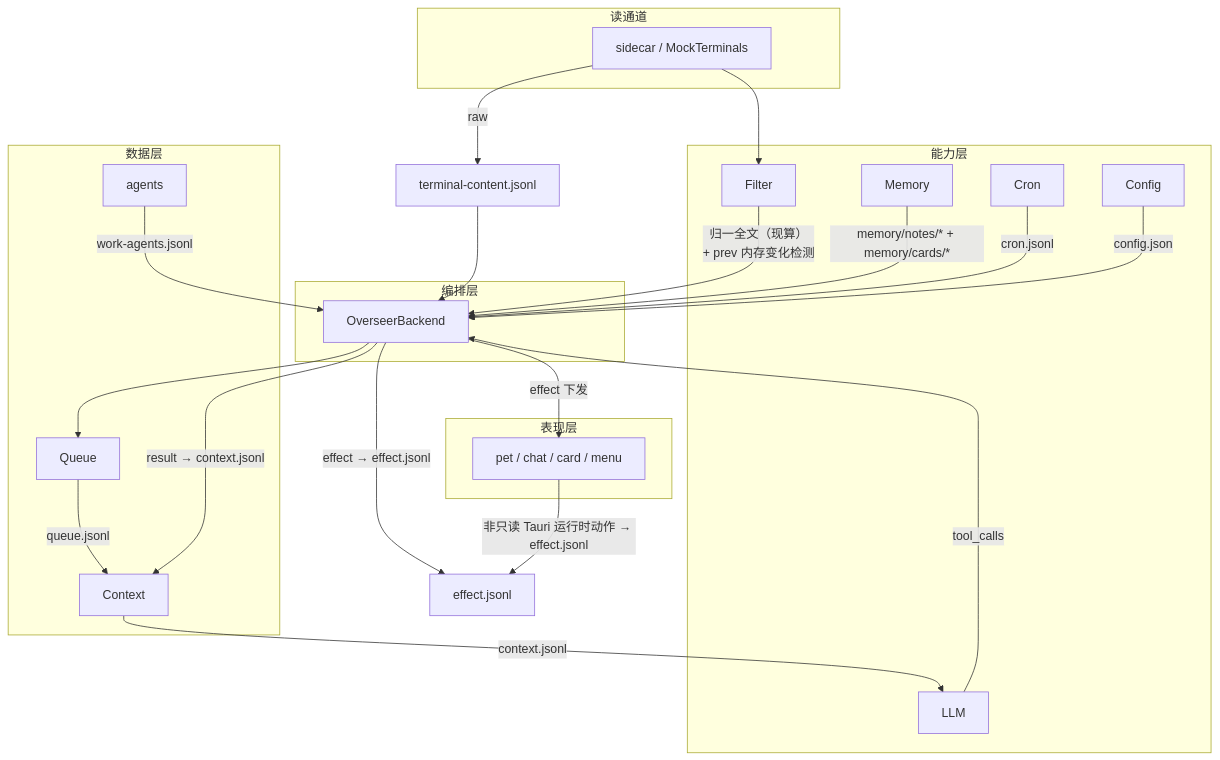
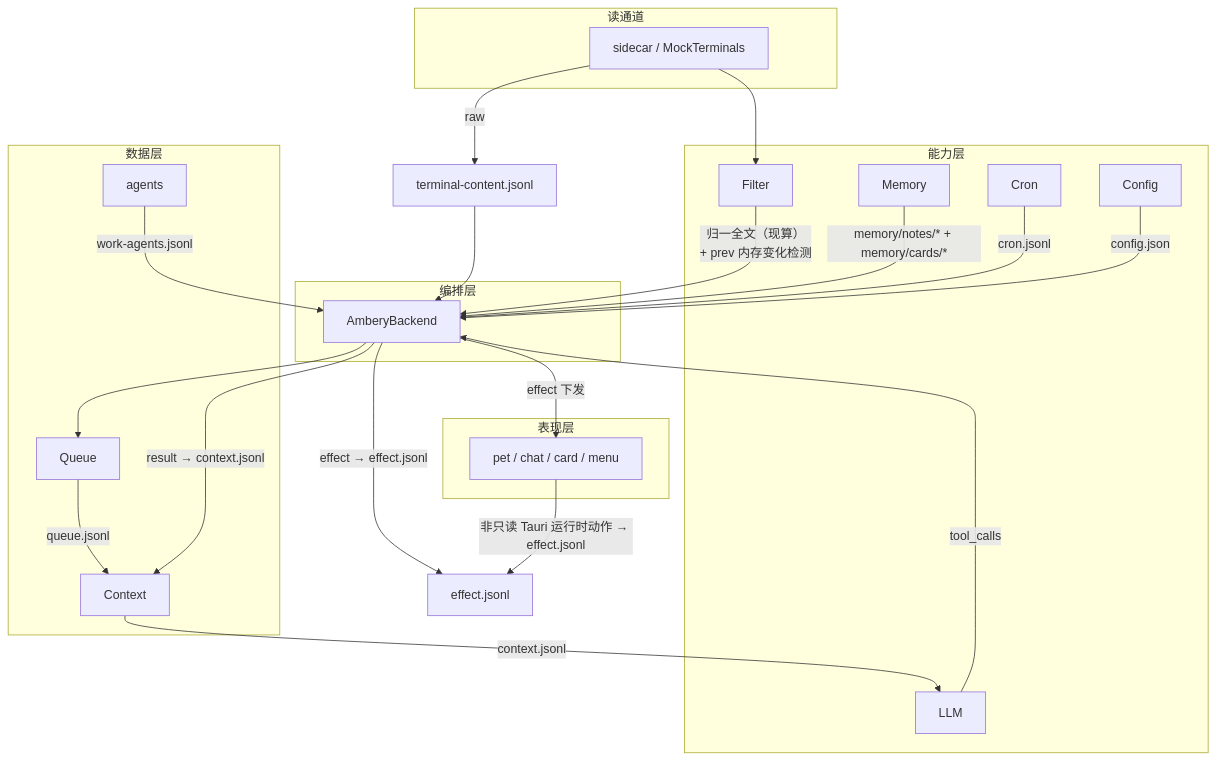
One commit to ambery-ai/ambery changed the diagram in docs/module-storage-flow.md. Above: the diagram before and after it, drawn with Mermaid. The commit also changed other lines of this file and 91 other files, not shown here.

First line of the commit message:
refactor: terminal-overseer → ambery 全套改名

````diff
--- a/docs/module-storage-flow.md
+++ b/docs/module-storage-flow.md
@@ -86,47 +86,47 @@
 ```mermaid
 flowchart TD
     subgraph L5[读通道]
         RD["sidecar / MockTerminals"]
     end
 
     subgraph L3[能力层]
         FILTER["Filter"]
         LLM["LLM"]
         MEM["Memory"]
         CRON["Cron"]
         CFG["Config"]
     end
 
     subgraph L4[数据层]
         QUEUE["Queue"]
         CTX["Context"]
         AGENTS["agents"]
     end
 
     subgraph L2[编排层]
-        OB["OverseerBackend"]
+        OB["AmberyBackend"]
     end
 
     subgraph L1[表现层]
         FE["pet / chat / card / menu"]
     end
 
     RD -->|"raw"| TC["terminal-content.jsonl"]
     TC --> OB
     RD --> FILTER
     FILTER -->|"归一全文（现算）<br/>+ prev 内存变化检测"| OB
 
     OB --> QUEUE
     QUEUE -->|"queue.jsonl"| CTX
     CTX -->|"context.jsonl"| LLM
     LLM -->|"tool_calls"| OB
     OB -->|"result → context.jsonl"| CTX
     OB -->|"effect → effect.jsonl"| EF["effect.jsonl"]
     OB -->|"effect 下发"| FE
     FE -->|"非只读 Tauri 运行时动作 → effect.jsonl"| EF
 
     AGENTS -->|"work-agents.jsonl"| OB
     MEM -->|"memory/notes/* + memory/cards/*"| OB
     CRON -->|"cron.jsonl"| OB
     CFG -->|"config.json"| OB
 ```
````
